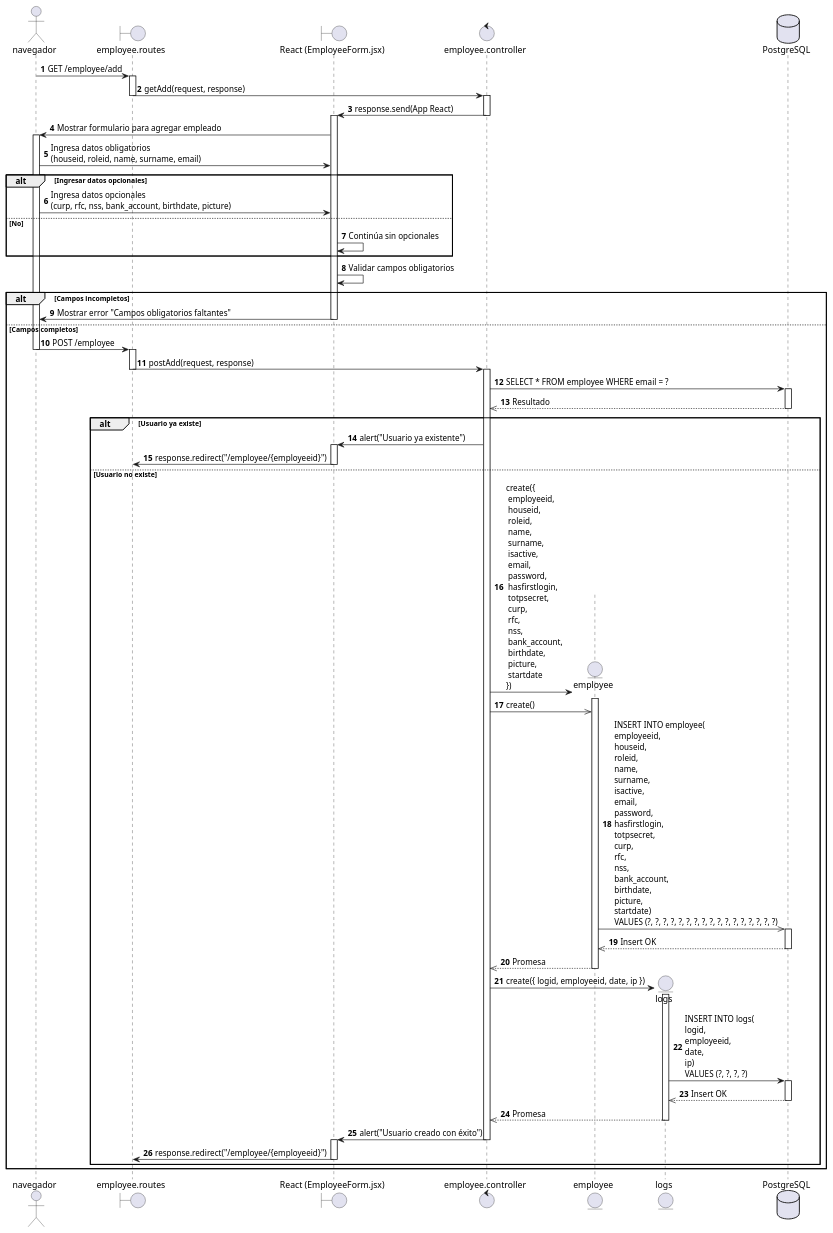
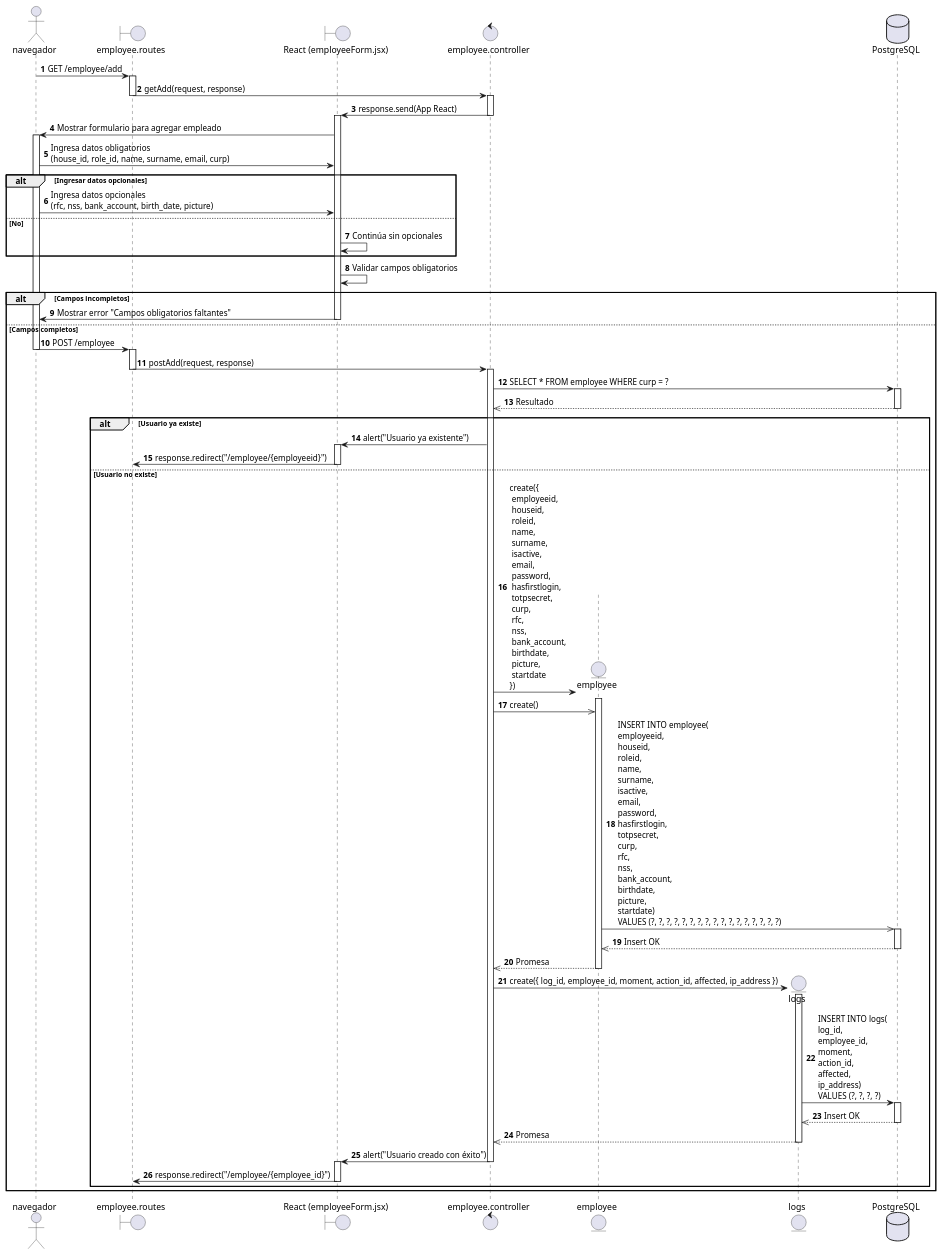
The diagram in diagrams/Sequence diagram/HU01.puml (AztlanConsulting/RCHQ-Back), drawn with PlantUML before and after one commit. The commit also changed 1 other file, not shown here.

Commit message:
fix: Se corrigen los diagrama de secuencia y de actividades.

```diff
--- a/diagrams/Sequence diagram/HU01.puml
+++ b/diagrams/Sequence diagram/HU01.puml
@@ -1,101 +1,101 @@
 @startuml HU01 - Administrador registra empleado
 
 actor navegador
 boundary employee.routes
-boundary "React (EmployeeForm.jsx)" as ReactView
+boundary "React (employeeForm.jsx)" as ReactView
 control employee.controller
 entity employee
 entity logs
 database PostgreSQL
 
 autonumber
 
 navegador -> employee.routes : GET /employee/add
 activate employee.routes
 
 employee.routes -> employee.controller: getAdd(request, response)
 deactivate employee.routes
 activate employee.controller
 
 employee.controller -> ReactView: response.send(App React)
 deactivate employee.controller
 activate ReactView
 
 ReactView -> navegador : Mostrar formulario para agregar empleado
 activate navegador
 
-navegador -> ReactView : Ingresa datos obligatorios\n(houseid, roleid, name, surname, email)
+navegador -> ReactView : Ingresa datos obligatorios\n(house_id, role_id, name, surname, email, curp)
 
 alt Ingresar datos opcionales
-    navegador -> ReactView : Ingresa datos opcionales\n(curp, rfc, nss, bank_account, birthdate, picture)
+    navegador -> ReactView : Ingresa datos opcionales\n(rfc, nss, bank_account, birth_date, picture)
 else No
     ReactView -> ReactView : Continúa sin opcionales
 end
 
 ReactView -> ReactView : Validar campos obligatorios
 
 alt Campos incompletos
     ReactView -> navegador : Mostrar error "Campos obligatorios faltantes"
     deactivate ReactView
 else Campos completos
 
     navegador -> employee.routes : POST /employee
     deactivate navegador
     activate employee.routes
 
     employee.routes -> employee.controller : postAdd(request, response)
     deactivate employee.routes
     activate employee.controller
 
-    employee.controller -> PostgreSQL : SELECT * FROM employee WHERE email = ?
+    employee.controller -> PostgreSQL : SELECT * FROM employee WHERE curp = ?
     activate PostgreSQL
     PostgreSQL -->> employee.controller : Resultado
     deactivate PostgreSQL
 
     alt Usuario ya existe
         employee.controller -> ReactView : alert("Usuario ya existente")
         activate ReactView
 
         ReactView -> employee.routes : response.redirect("/employee/{employeeid}")
         deactivate ReactView
         
     else Usuario no existe
         
         create employee
         employee.controller -> employee : create({\n employeeid,\n houseid,\n roleid,\n name,\n surname,\n isactive,\n email,\n password,\n hasfirstlogin,\n totpsecret,\n curp,\n rfc,\n nss,\n bank_account,\n birthdate,\n picture,\n startdate\n})
         activate employee
 
         employee.controller ->> employee : create()
         
         employee ->> PostgreSQL : INSERT INTO employee(\nemployeeid,\nhouseid,\nroleid,\nname,\nsurname,\nisactive,\nemail,\npassword,\nhasfirstlogin,\ntotpsecret,\ncurp,\nrfc,\nnss,\nbank_account,\nbirthdate,\npicture,\nstartdate)\nVALUES (?, ?, ?, ?, ?, ?, ?, ?, ?, ?, ?, ?, ?, ?, ?, ?, ?)
 
         activate PostgreSQL
         PostgreSQL -->> employee : Insert OK
         deactivate PostgreSQL
 
         employee -->> employee.controller : Promesa
         deactivate employee
 
         create logs
-        employee.controller -> logs : create({ logid, employeeid, date, ip })
+        employee.controller -> logs : create({ log_id, employee_id, moment, action_id, affected, ip_address })
         activate logs
 
-        logs -> PostgreSQL : INSERT INTO logs(\nlogid,\nemployeeid,\ndate,\nip)\nVALUES (?, ?, ?, ?)
+        logs -> PostgreSQL : INSERT INTO logs(\nlog_id,\nemployee_id,\nmoment, \naction_id, \naffected, \nip_address)\nVALUES (?, ?, ?, ?)
         activate PostgreSQL
         PostgreSQL -->> logs : Insert OK
         deactivate PostgreSQL
 
         logs -->> employee.controller : Promesa
         deactivate logs
         
         employee.controller -> ReactView : alert("Usuario creado con éxito")
         deactivate employee.controller
         activate ReactView
         
-        ReactView -> employee.routes : response.redirect("/employee/{employeeid}")
+        ReactView -> employee.routes : response.redirect("/employee/{employee_id}")
         deactivate ReactView
 
     end
 end
 
 @enduml
```
